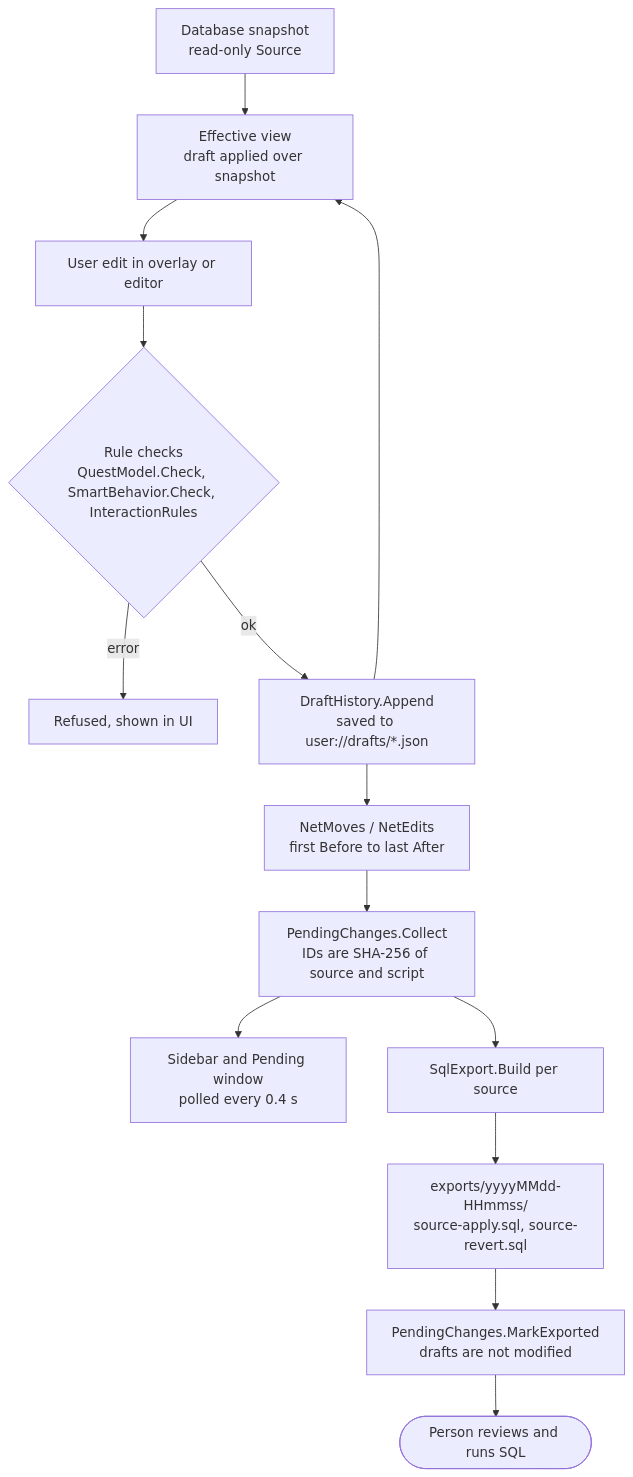
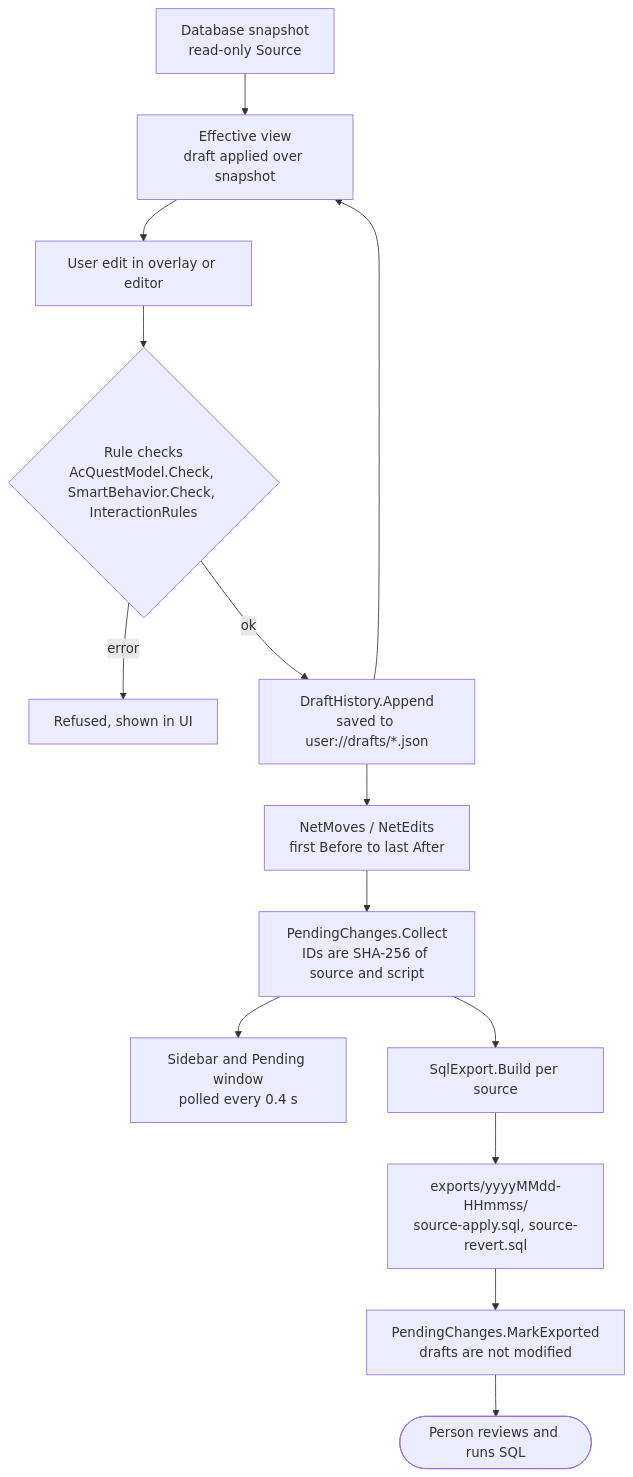
One commit to glitterfartz/ac-world-edit changed the second of 2 diagrams in docs/architecture/editing-and-export.md. Above: the diagram before and after it, drawn with Mermaid. The commit also changed other lines of this file and 15 other files, not shown here.

First line of the commit message:
refactor(foundation): split QuestModel into AcQuestModel and QuestVocabulary

````diff
--- a/docs/architecture/editing-and-export.md
+++ b/docs/architecture/editing-and-export.md
@@ -97,16 +97,16 @@
 ```mermaid
 flowchart TB
     snap["Database snapshot<br/>read-only Source"] --> eff["Effective view<br/>draft applied over snapshot"]
     eff --> edit["User edit in overlay or editor"]
-    edit --> rule{"Rule checks<br/>QuestModel.Check, SmartBehavior.Check, InteractionRules"}
+    edit --> rule{"Rule checks<br/>AcQuestModel.Check, SmartBehavior.Check, InteractionRules"}
     rule -->|error| refuse["Refused, shown in UI"]
     rule -->|ok| hist["DraftHistory.Append<br/>saved to user://drafts/*.json"]
     hist --> eff
     hist --> net["NetMoves / NetEdits<br/>first Before to last After"]
     net --> pend["PendingChanges.Collect<br/>IDs are SHA-256 of source and script"]
     pend --> poll["Sidebar and Pending window<br/>polled every 0.4 s"]
     pend --> build["SqlExport.Build per source"]
     build --> files["exports/yyyyMMdd-HHmmss/<br/>source-apply.sql, source-revert.sql"]
     files --> mark["PendingChanges.MarkExported<br/>drafts are not modified"]
     mark --> person(["Person reviews and runs SQL"])
 ```
````
